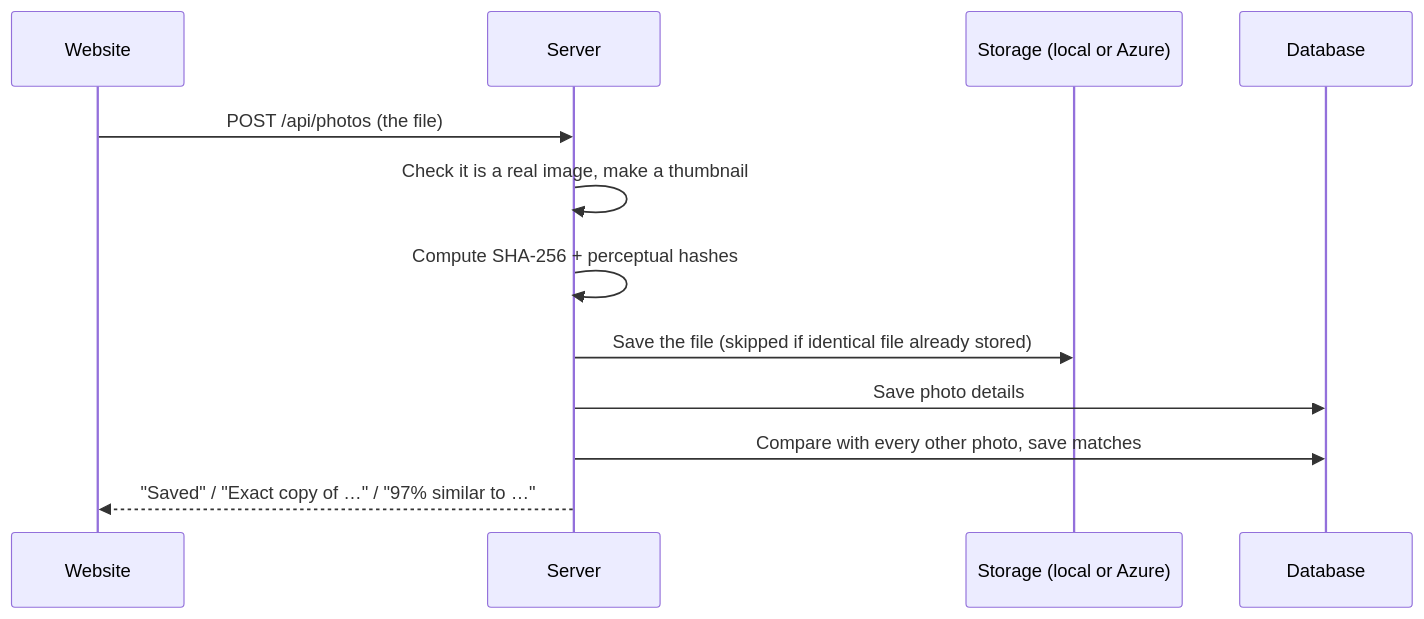
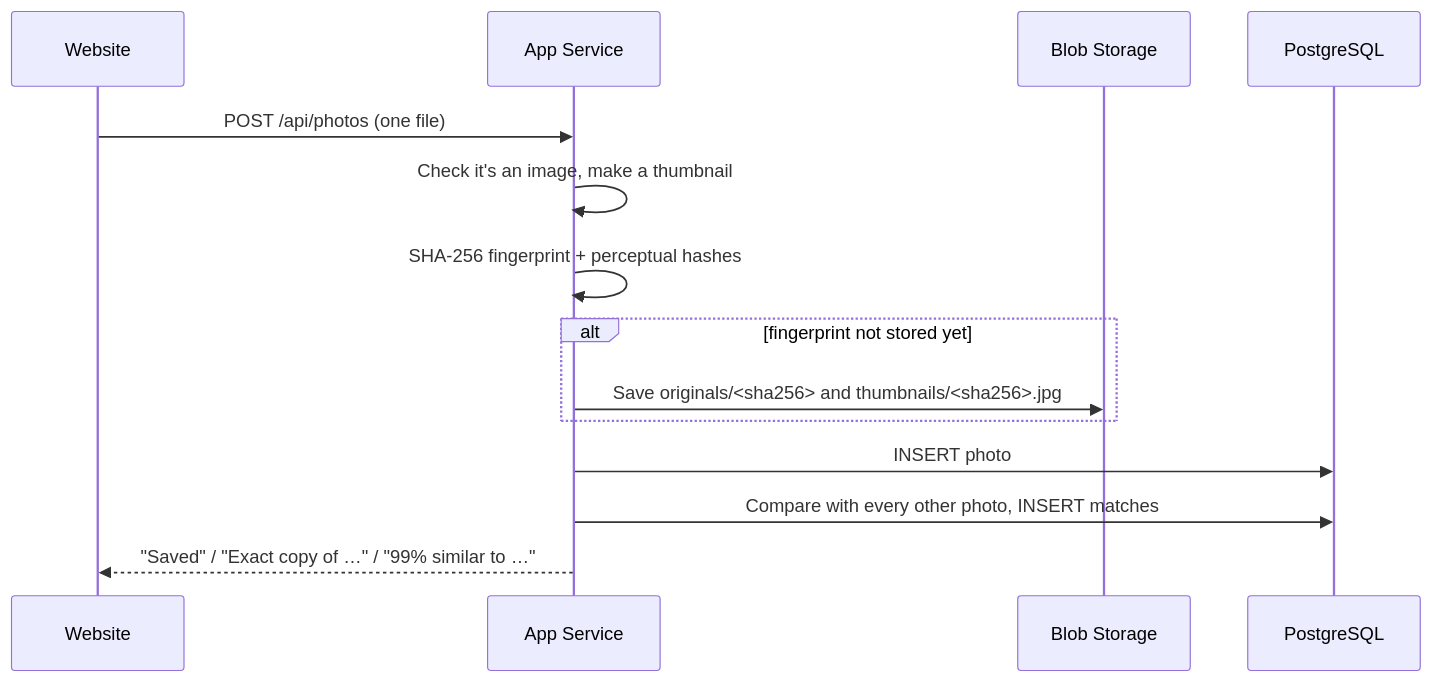
The second of 2 diagrams in docs/how-it-works.md (Arnav-Dugad/imagevault-ai), drawn with Mermaid before and after one commit. The commit also changed other lines of this file and 52 other files, not shown here.

First line of the commit message:
ImageVault 3.0: cloud website on Azure with Terraform and CI/CD (#7)

````diff
--- a/docs/how-it-works.md
+++ b/docs/how-it-works.md
@@ -22,14 +19,16 @@
 ```mermaid
 sequenceDiagram
-    participant U as Website
-    participant S as Server
-    participant B as Storage (local or Azure)
-    participant D as Database
-    U->>S: POST /api/photos (the file)
-    S->>S: Check it is a real image, make a thumbnail
-    S->>S: Compute SHA-256 + perceptual hashes
-    S->>B: Save the file (skipped if identical file already stored)
-    S->>D: Save photo details
-    S->>D: Compare with every other photo, save matches
-    S-->>U: "Saved" / "Exact copy of …" / "97% similar to …"
+    participant W as Website
+    participant S as App Service
+    participant B as Blob Storage
+    participant D as PostgreSQL
+    W->>S: POST /api/photos (one file)
+    S->>S: Check it's an image, make a thumbnail
+    S->>S: SHA-256 fingerprint + perceptual hashes
+    alt fingerprint not stored yet
+        S->>B: Save originals/<sha256> and thumbnails/<sha256>.jpg
+    end
+    S->>D: INSERT photo
+    S->>D: Compare with every other photo, INSERT matches
+    S-->>W: "Saved" / "Exact copy of …" / "99% similar to …"
 ```
````
